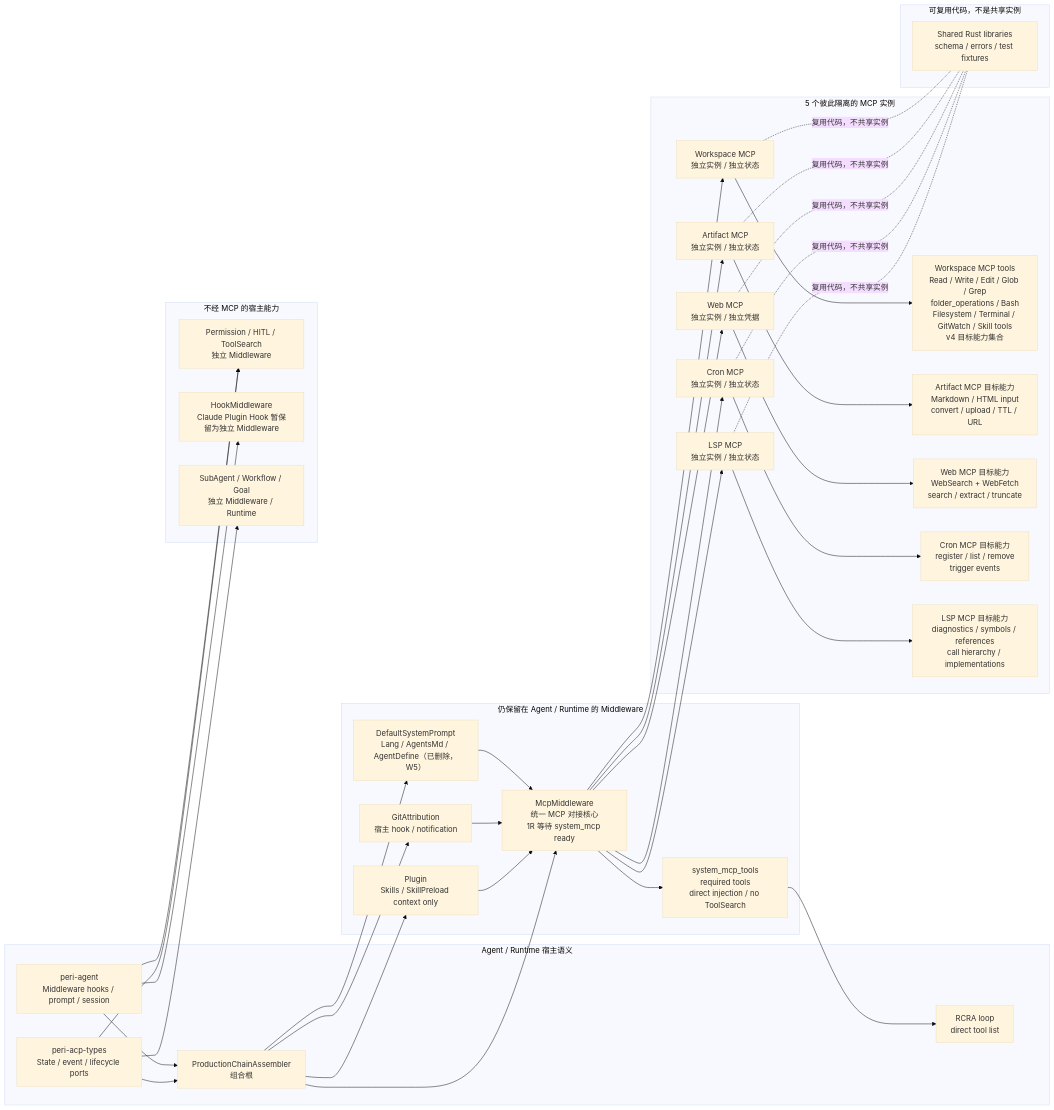
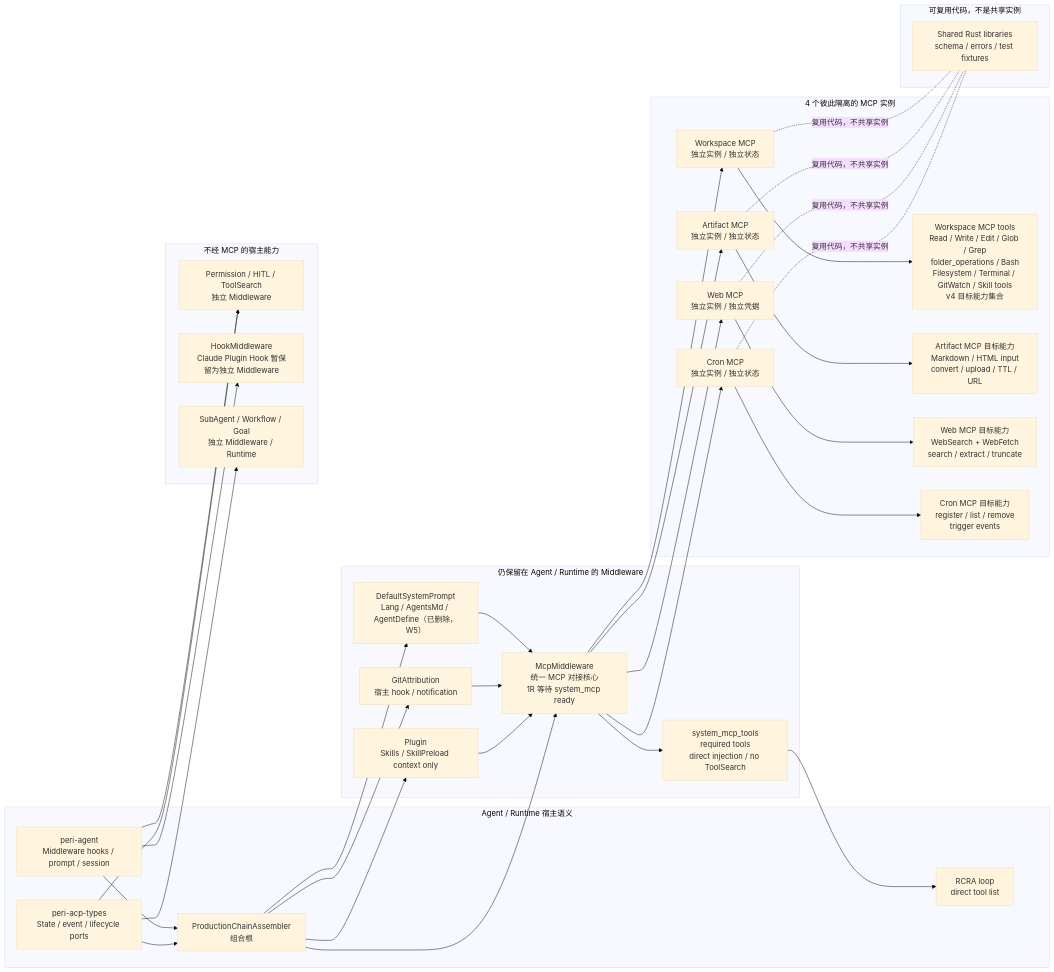
One commit to KonghaYao/peri changed the diagram in docs/design/mcp-adaptation-v4-part-1.md. Above: the diagram before and after it, drawn with Mermaid (base theme). The commit also changed other lines of this file and 200 other files, not shown here.

````diff
--- a/docs/design/mcp-adaptation-v4-part-1.md
+++ b/docs/design/mcp-adaptation-v4-part-1.md
@@ -82,80 +81,74 @@
 ```mermaid
 flowchart LR
     subgraph HOST[Agent / Runtime 宿主语义]
         AGENT[peri-agent<br/>Middleware hooks / prompt / session]
         PORTS[peri-acp-types<br/>State / event / lifecycle ports]
         ASSEMBLY[ProductionChainAssembler<br/>组合根]
         RCRA[RCRA loop<br/>direct tool list]
     end
 
     subgraph ADAPTERS[仍保留在 Agent / Runtime 的 Middleware]
         CONTEXT[DefaultSystemPrompt<br/>Lang / AgentsMd / AgentDefine（已删除，W5）]
         WORKSPACE[GitAttribution<br/>宿主 hook / notification]
         EXT[Plugin<br/>Skills / SkillPreload context only]
         MCP_MW[McpMiddleware<br/>统一 MCP 对接核心<br/>1R 等待 system_mcp ready]
         SYSTEM_TOOLS[system_mcp_tools<br/>required tools<br/>direct injection / no ToolSearch]
     end
 
-    subgraph MCP[5 个彼此隔离的 MCP 实例]
+    subgraph MCP[4 个彼此隔离的 MCP 实例]
         WS[Workspace MCP<br/>独立实例 / 独立状态]
         WSCAP[Workspace MCP tools<br/>Read / Write / Edit / Glob / Grep<br/>folder_operations / Bash<br/>Filesystem / Terminal / GitWatch / Skill tools<br/>v4 目标能力集合]
 
         ART[Artifact MCP<br/>独立实例 / 独立状态]
         ARTCAP[Artifact MCP 目标能力<br/>Markdown / HTML input<br/>convert / upload / TTL / URL]
 
         WEB_MCP[Web MCP<br/>独立实例 / 独立凭据]
         WEBCAP[Web MCP 目标能力<br/>WebSearch + WebFetch<br/>search / extract / truncate]
 
         CRON[Cron MCP<br/>独立实例 / 独立状态]
         CRONCAP[Cron MCP 目标能力<br/>register / list / remove<br/>trigger events]
-
-        LSP[LSP MCP<br/>独立实例 / 独立状态]
-        LSPCAP[LSP MCP 目标能力<br/>diagnostics / symbols / references<br/>call hierarchy / implementations]
     end
 
     subgraph LIBS[可复用代码，不是共享实例]
         COMMON[Shared Rust libraries<br/>schema / errors / test fixtures]
     end
 
     subgraph DIRECT[不经 MCP 的宿主能力]
         CONTROL[Permission / HITL / ToolSearch<br/>独立 Middleware]
         HOOK[HookMiddleware<br/>Claude Plugin Hook 暂保留为独立 Middleware]
         RUNTIME[SubAgent / Workflow / Goal<br/>独立 Middleware / Runtime]
     end
 
     AGENT --> ASSEMBLY
     PORTS --> ASSEMBLY
     ASSEMBLY --> CONTEXT
     ASSEMBLY --> WORKSPACE
     ASSEMBLY --> EXT
     ASSEMBLY --> MCP_MW
 
     CONTEXT --> MCP_MW
     WORKSPACE --> MCP_MW
     EXT --> MCP_MW
 
     MCP_MW --> WS
     MCP_MW --> ART
     MCP_MW --> WEB_MCP
     MCP_MW --> CRON
-    MCP_MW --> LSP
     MCP_MW --> SYSTEM_TOOLS
     SYSTEM_TOOLS --> RCRA
 
     WS --> WSCAP
     ART --> ARTCAP
     WEB_MCP --> WEBCAP
     CRON --> CRONCAP
-    LSP --> LSPCAP
 
     WS -. "复用代码，不共享实例" .- COMMON
     ART -. "复用代码，不共享实例" .- COMMON
     WEB_MCP -. "复用代码，不共享实例" .- COMMON
     CRON -. "复用代码，不共享实例" .- COMMON
-    LSP -. "复用代码，不共享实例" .- COMMON
 
     AGENT --> CONTROL
     PORTS --> CONTROL
     AGENT --> HOOK
     PORTS --> RUNTIME
 ```
````
